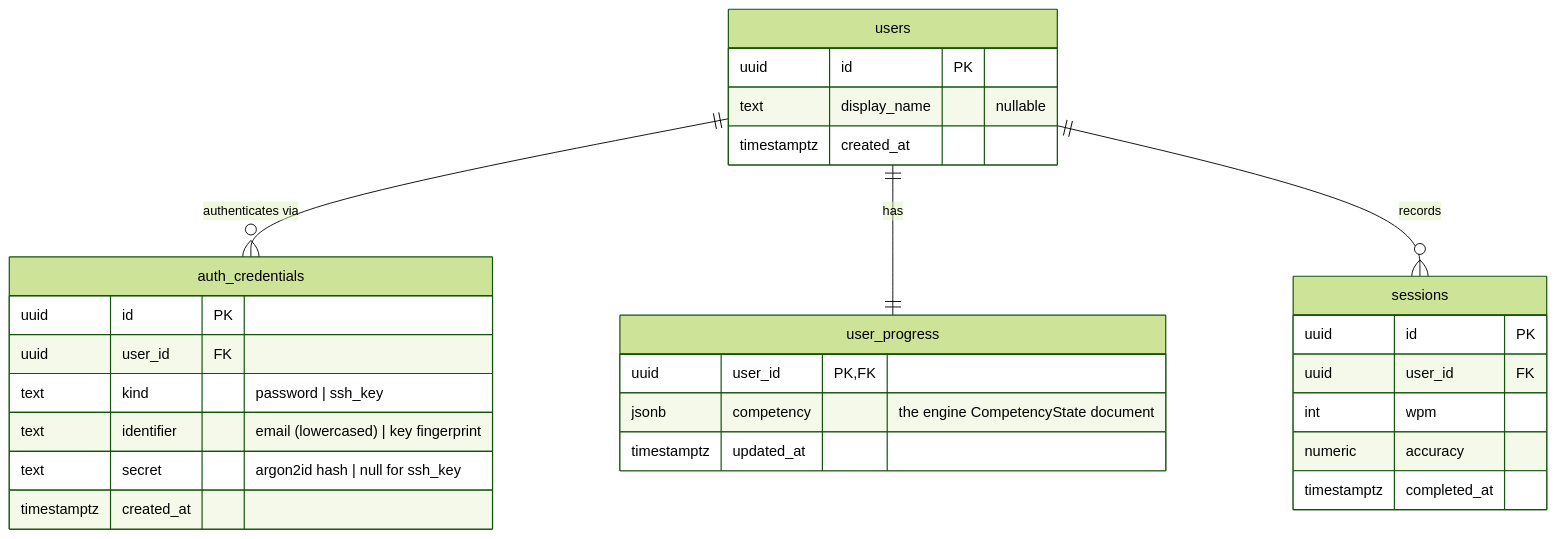
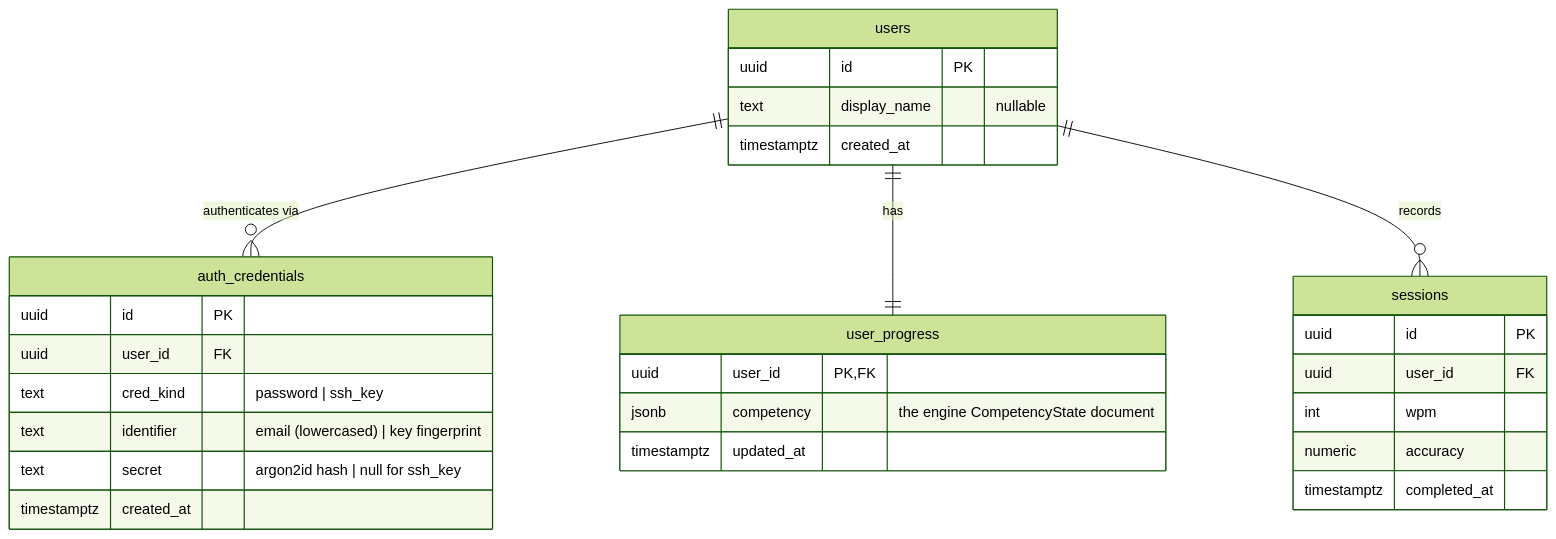
One commit to corygyarmathy/typing-trainer changed the diagram in docs/schema.md. Above: the diagram before and after it, drawn with Mermaid (forest theme). The commit also changed other lines of this file and 2 other files, not shown here.

Commit message:
fix(db): address syntax errors, change column 'kind' -> 'cred_kind'

````diff
--- a/docs/schema.md
+++ b/docs/schema.md
@@ -9,32 +9,32 @@
 ```mermaid
 erDiagram
     users ||--o{ auth_credentials : "authenticates via"
     users ||--|| user_progress : "has"
     users ||--o{ sessions : "records"
 
     users {
         uuid id PK
         text display_name "nullable"
         timestamptz created_at
     }
     auth_credentials {
         uuid id PK
         uuid user_id FK
-        text kind "password | ssh_key"
+        text cred_kind "password | ssh_key"
         text identifier "email (lowercased) | key fingerprint"
         text secret "argon2id hash | null for ssh_key"
         timestamptz created_at
     }
     user_progress {
         uuid user_id PK,FK
         jsonb competency "the engine CompetencyState document"
         timestamptz updated_at
     }
     sessions {
         uuid id PK
         uuid user_id FK
         int wpm
         numeric accuracy
         timestamptz completed_at
     }
 ```
````
